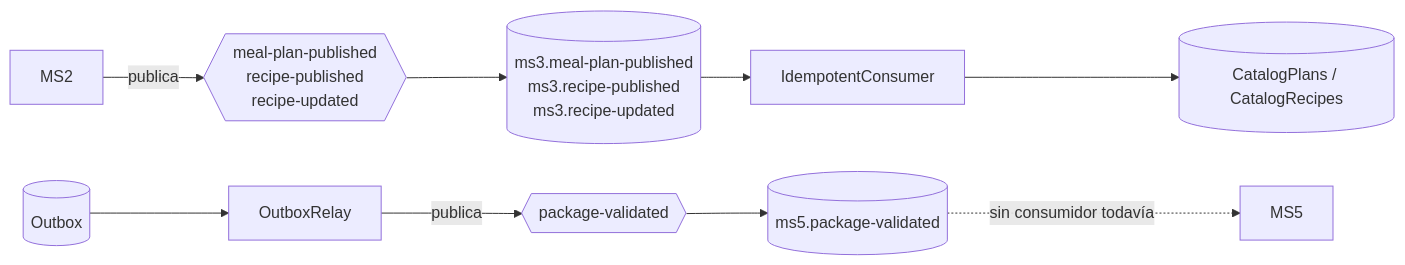
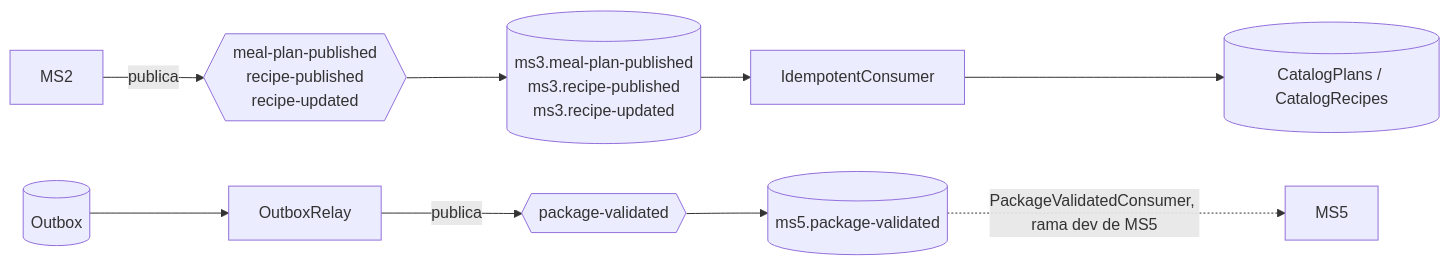
One commit to Nur-tricenter/knowledge changed the diagram in services/ms3-contracting/messaging.md. Above: the diagram before and after it, drawn with Mermaid. The commit also changed other lines of this file and 6 other files, not shown here.

````diff
--- a/services/ms3-contracting/messaging.md
+++ b/services/ms3-contracting/messaging.md
@@ -48,9 +48,9 @@
 ```mermaid
 flowchart LR
   MS2[MS2] -- publica --> X1{{meal-plan-published<br/>recipe-published<br/>recipe-updated}}
   X1 --> Q1[(ms3.meal-plan-published<br/>ms3.recipe-published<br/>ms3.recipe-updated)]
   Q1 --> H[IdempotentConsumer] --> DB[(CatalogPlans / CatalogRecipes)]
   O[(Outbox)] --> R[OutboxRelay] -- publica --> X2{{package-validated}}
   X2 --> Q2[(ms5.package-validated)]
-  Q2 -. sin consumidor todavía .-> MS5[MS5]
+  Q2 -. "PackageValidatedConsumer, rama dev de MS5" .-> MS5[MS5]
 ```
````
